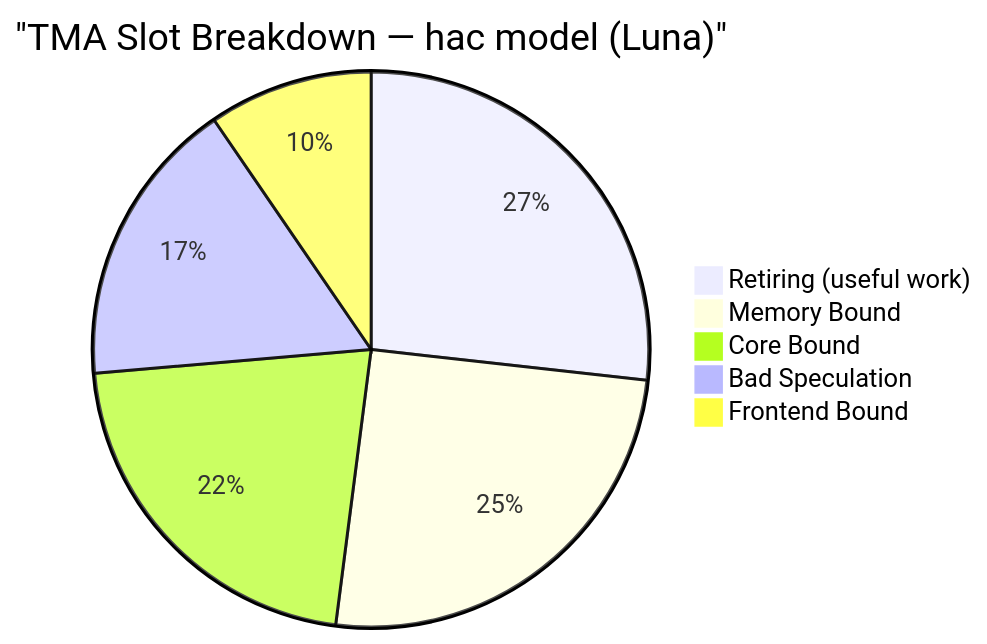
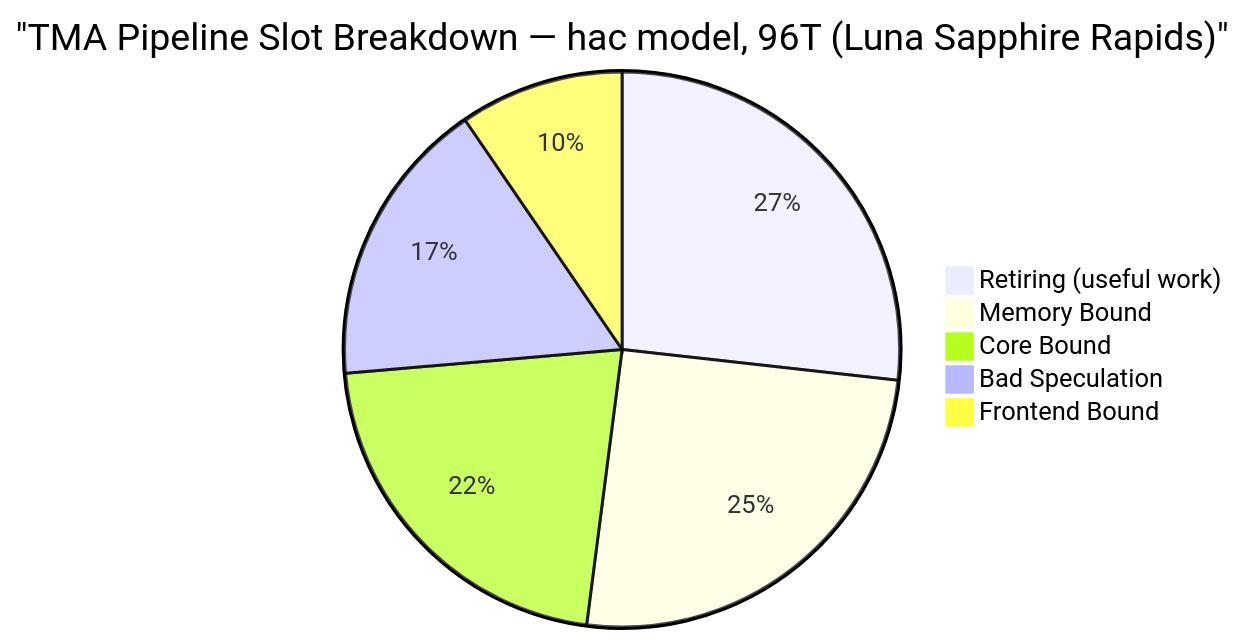
Before and after one commit to KathpaliaChirag/Nanopore-project: the seventh of 23 diagrams in README.md, drawn with Mermaid. The commit also changed other lines of this file, not shown here.

First line of the commit message:
docs(README): comprehensive multi-section overhaul via 5-agent pipeline

````diff
--- a/README.md
+++ b/README.md
@@ -254,8 +352,8 @@
 ```mermaid
-pie title "TMA Slot Breakdown — hac model (Luna)"
+pie title "TMA Pipeline Slot Breakdown — hac model, 96T (Luna Sapphire Rapids)"
     "Retiring (useful work)" : 26.9
     "Memory Bound" : 25.4
     "Core Bound" : 21.7
     "Bad Speculation" : 16.9
     "Frontend Bound" : 9.6
 ```
````
